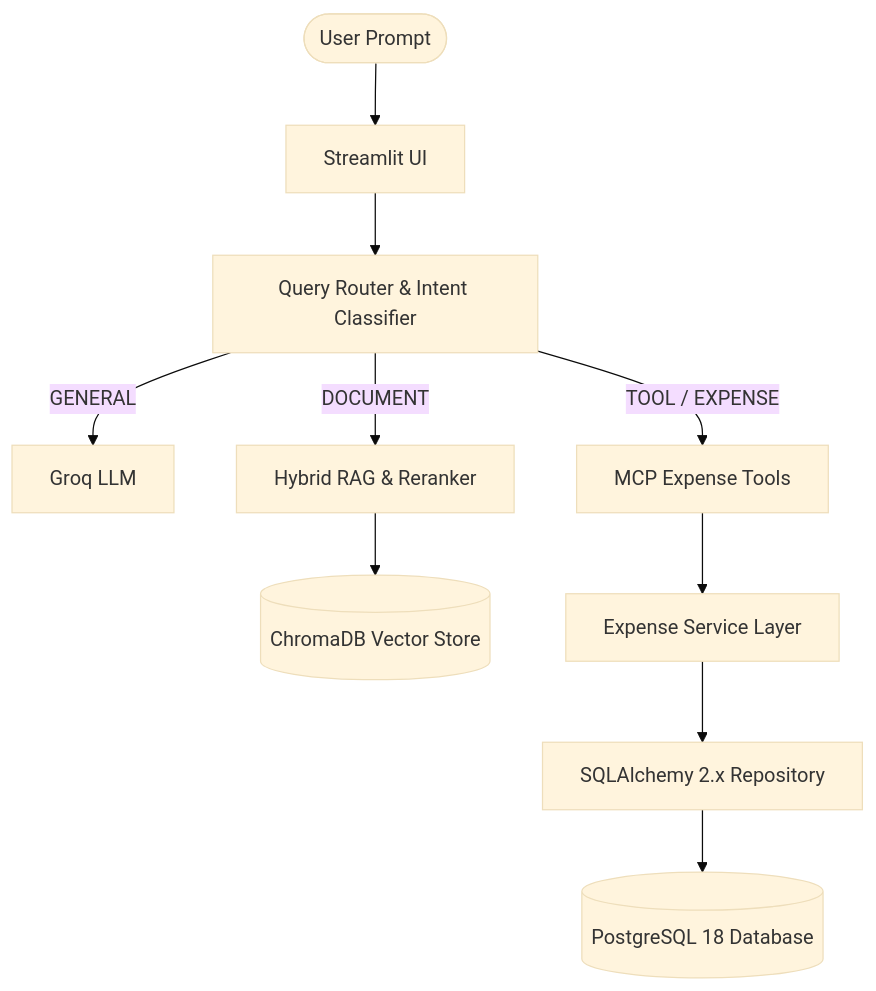
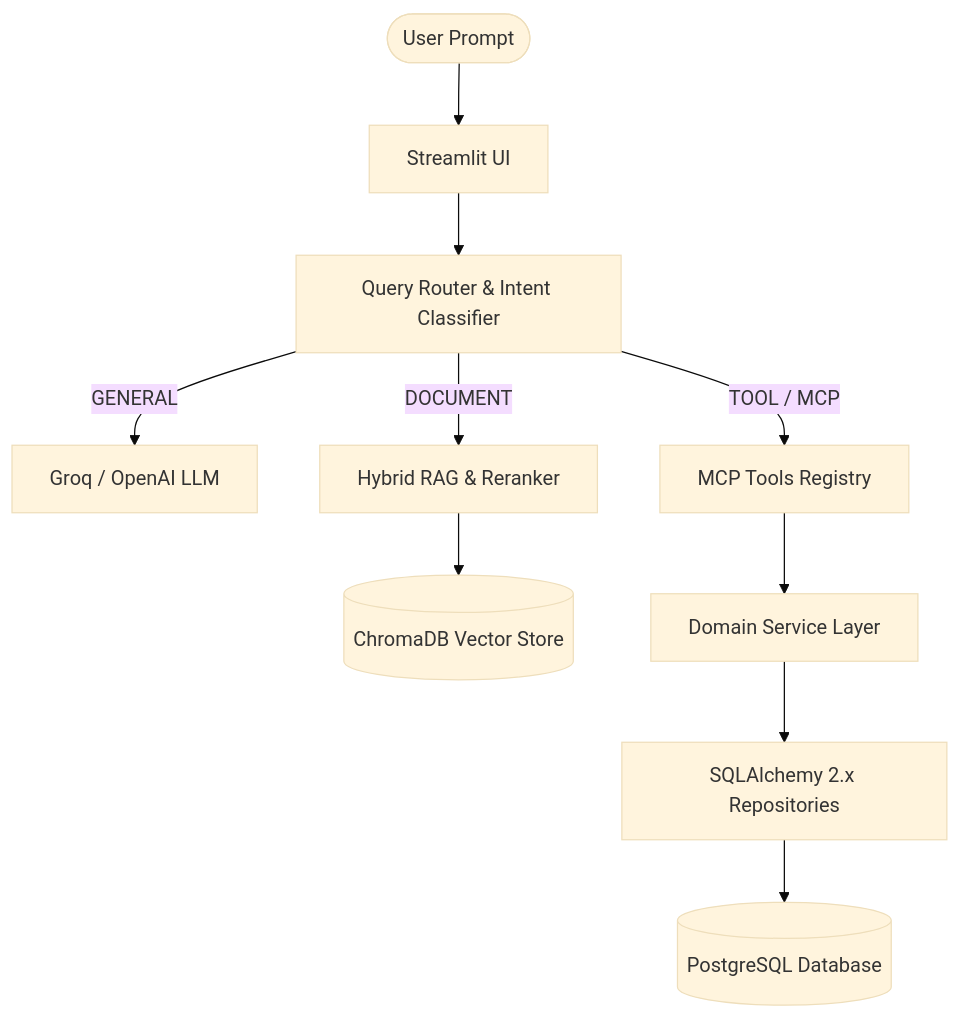
Before and after one commit to jeetsinghbhati7773/rag-with-mcp-tool: the diagram in README.md, drawn with Mermaid (base theme). The commit also changed other lines of this file and 7 other files, not shown here.

````diff
--- a/README.md
+++ b/README.md
@@ -9,14 +9,14 @@
 ```mermaid
 graph TD
     User([User Prompt]) --> UI[Streamlit UI]
     UI --> Router[Query Router & Intent Classifier]
     
-    Router -->|GENERAL| LLM[Groq LLM]
+    Router -->|GENERAL| LLM[Groq / OpenAI LLM]
     Router -->|DOCUMENT| RAG[Hybrid RAG & Reranker]
-    Router -->|TOOL / EXPENSE| MCP[MCP Expense Tools]
+    Router -->|TOOL / MCP| MCP[MCP Tools Registry]
 
     RAG --> Chroma[(ChromaDB Vector Store)]
-    MCP --> Service[Expense Service Layer]
-    Service --> Repo[SQLAlchemy 2.x Repository]
-    Repo --> Postgres[(PostgreSQL 18 Database)]
+    MCP --> Service[Domain Service Layer]
+    Service --> Repo[SQLAlchemy 2.x Repositories]
+    Repo --> Postgres[(PostgreSQL Database)]
 ```
````
